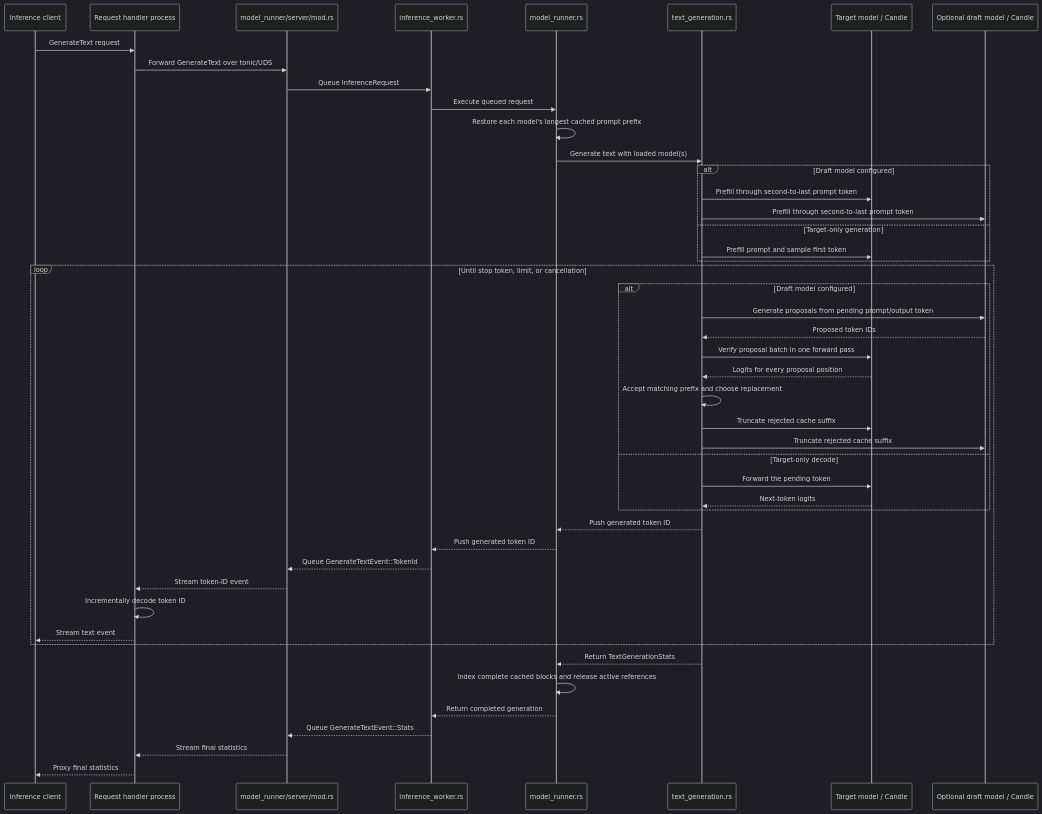
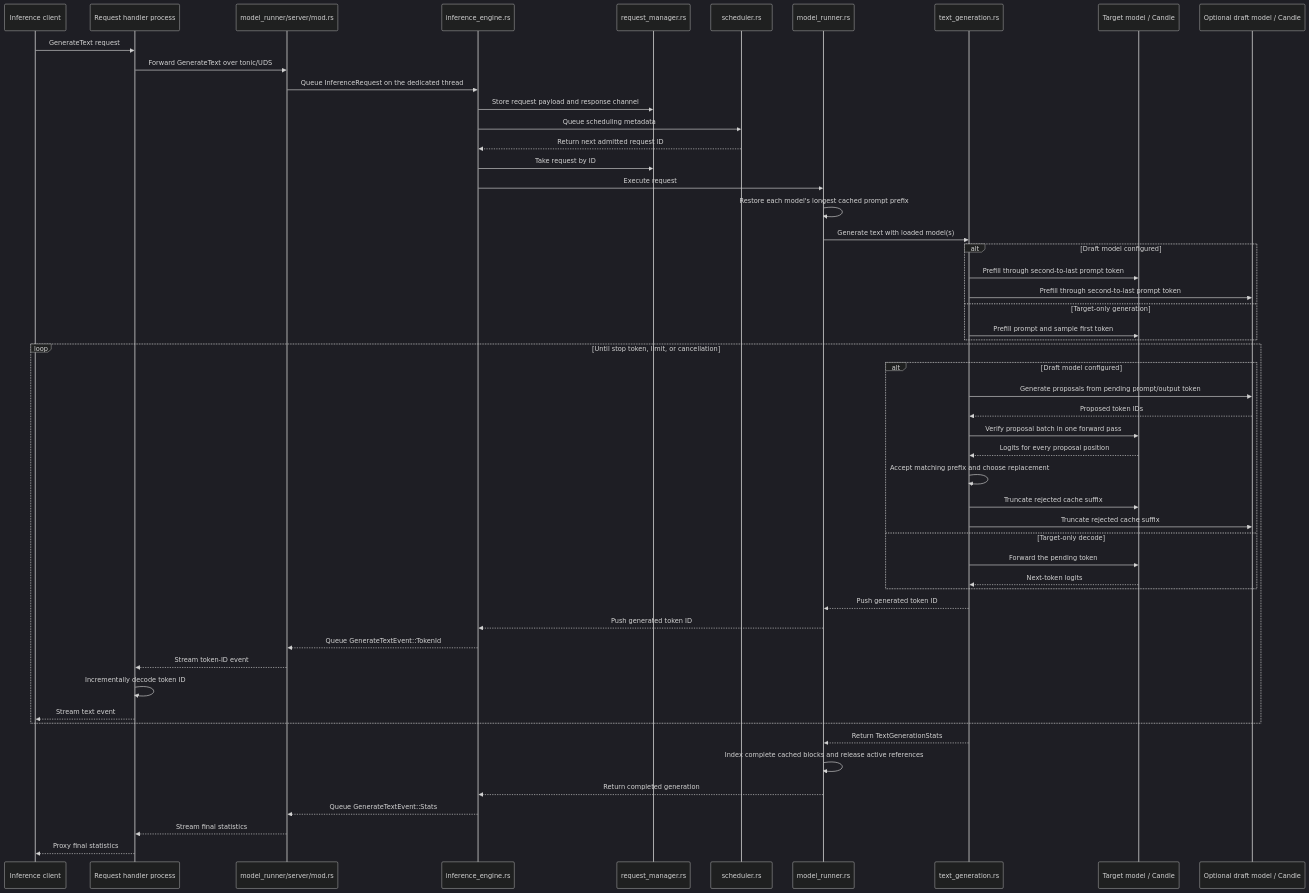
Before and after one commit to lun0522/mini-vllm-rs: the second of 2 diagrams in src/model_runner/README.md, drawn with Mermaid (dark theme). The commit also changed other lines of this file and 6 other files, not shown here.

First line of the commit message:
Refactor: Separate inference orchestration from request scheduling

````diff
--- a/src/model_runner/README.md
+++ b/src/model_runner/README.md
@@ -71,50 +78,56 @@
 ```mermaid
 sequenceDiagram
     participant Caller as Inference client
     participant Handler as Request handler process
     participant Rpc as model_runner/server/mod.rs
-    participant Worker as inference_worker.rs
+    participant Engine as inference_engine.rs
+    participant Requests as request_manager.rs
+    participant Scheduler as scheduler.rs
     participant Runner as model_runner.rs
     participant Decode as text_generation.rs
     participant Target as Target model / Candle
     participant Draft as Optional draft model / Candle
 
     Caller->>Handler: GenerateText request
     Handler->>Rpc: Forward GenerateText over tonic/UDS
-    Rpc->>Worker: Queue InferenceRequest
-    Worker->>Runner: Execute queued request
+    Rpc->>Engine: Queue InferenceRequest on the dedicated thread
+    Engine->>Requests: Store request payload and response channel
+    Engine->>Scheduler: Queue scheduling metadata
+    Scheduler-->>Engine: Return next admitted request ID
+    Engine->>Requests: Take request by ID
+    Engine->>Runner: Execute request
     Runner->>Runner: Restore each model's longest cached prompt prefix
     Runner->>Decode: Generate text with loaded model(s)
     alt Draft model configured
         Decode->>Target: Prefill through second-to-last prompt token
         Decode->>Draft: Prefill through second-to-last prompt token
     else Target-only generation
         Decode->>Target: Prefill prompt and sample first token
     end
     loop Until stop token, limit, or cancellation
         alt Draft model configured
             Decode->>Draft: Generate proposals from pending prompt/output token
             Draft-->>Decode: Proposed token IDs
             Decode->>Target: Verify proposal batch in one forward pass
             Target-->>Decode: Logits for every proposal position
             Decode->>Decode: Accept matching prefix and choose replacement
             Decode->>Target: Truncate rejected cache suffix
             Decode->>Draft: Truncate rejected cache suffix
         else Target-only decode
             Decode->>Target: Forward the pending token
             Target-->>Decode: Next-token logits
         end
         Decode-->>Runner: Push generated token ID
-        Runner-->>Worker: Push generated token ID
-        Worker-->>Rpc: Queue GenerateTextEvent::TokenId
+        Runner-->>Engine: Push generated token ID
+        Engine-->>Rpc: Queue GenerateTextEvent::TokenId
         Rpc-->>Handler: Stream token-ID event
         Handler->>Handler: Incrementally decode token ID
         Handler-->>Caller: Stream text event
     end
     Decode-->>Runner: Return TextGenerationStats
     Runner->>Runner: Index complete cached blocks and release active references
-    Runner-->>Worker: Return completed generation
-    Worker-->>Rpc: Queue GenerateTextEvent::Stats
+    Runner-->>Engine: Return completed generation
+    Engine-->>Rpc: Queue GenerateTextEvent::Stats
     Rpc-->>Handler: Stream final statistics
     Handler-->>Caller: Proxy final statistics
 ```
````
